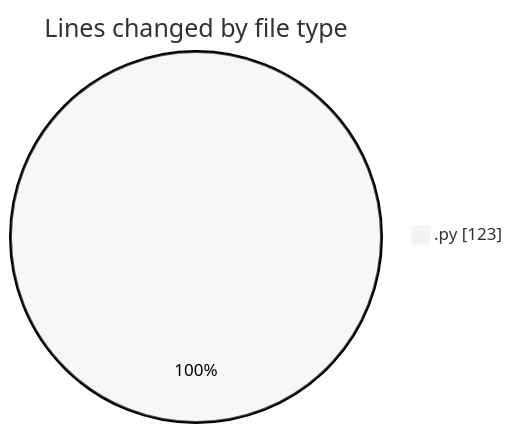
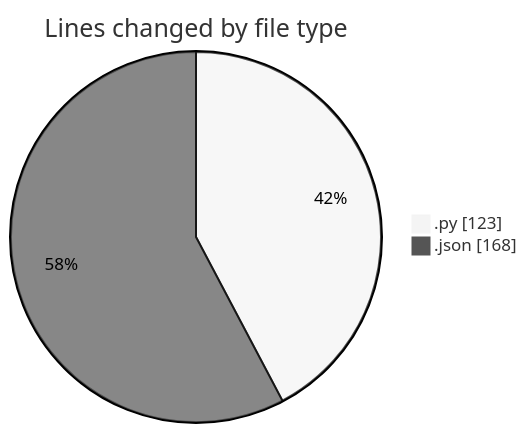
The first of 2 diagrams in 2025-03-28/synth_911data_gen/README.md (trdunsworth/code-tracking), drawn with Mermaid (neutral theme) before and after one commit. The commit also changed other lines of this file and 1 other file, not shown here.

````diff
--- a/2025-03-28/synth_911data_gen/README.md
+++ b/2025-03-28/synth_911data_gen/README.md
@@ -20,5 +21,6 @@
 ```mermaid
 pie showData
 title Lines changed by file type
 ".py" : 123
+".json" : 168
 ```
````
